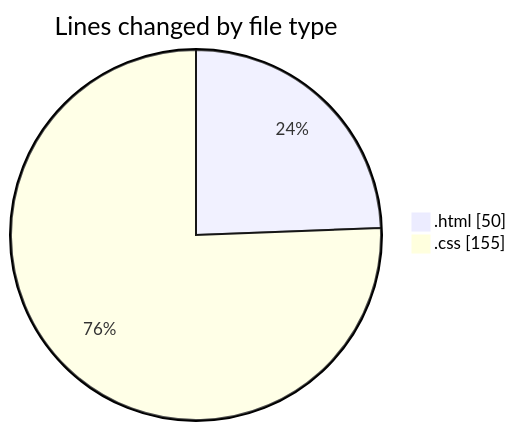
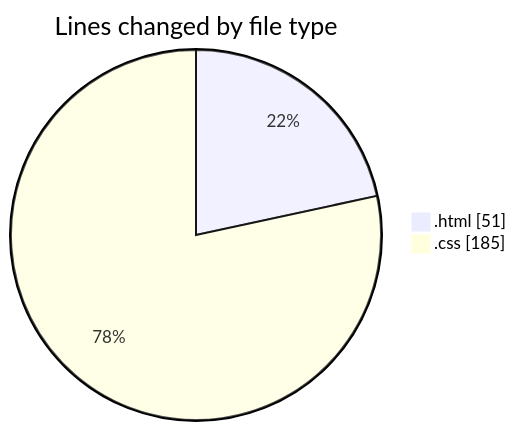
Before and after one commit to CELIANVF/code-tracking: the first of 2 diagrams in 2025-04-15/portfolio/README.md, drawn with Mermaid. The commit also changed other lines of this file and 1 other file, not shown here.

````diff
--- a/2025-04-15/portfolio/README.md
+++ b/2025-04-15/portfolio/README.md
@@ -21,6 +21,6 @@
 ```mermaid
 pie showData
 title Lines changed by file type
-".html" : 50
-".css" : 155
+".html" : 51
+".css" : 185
 ```
````
